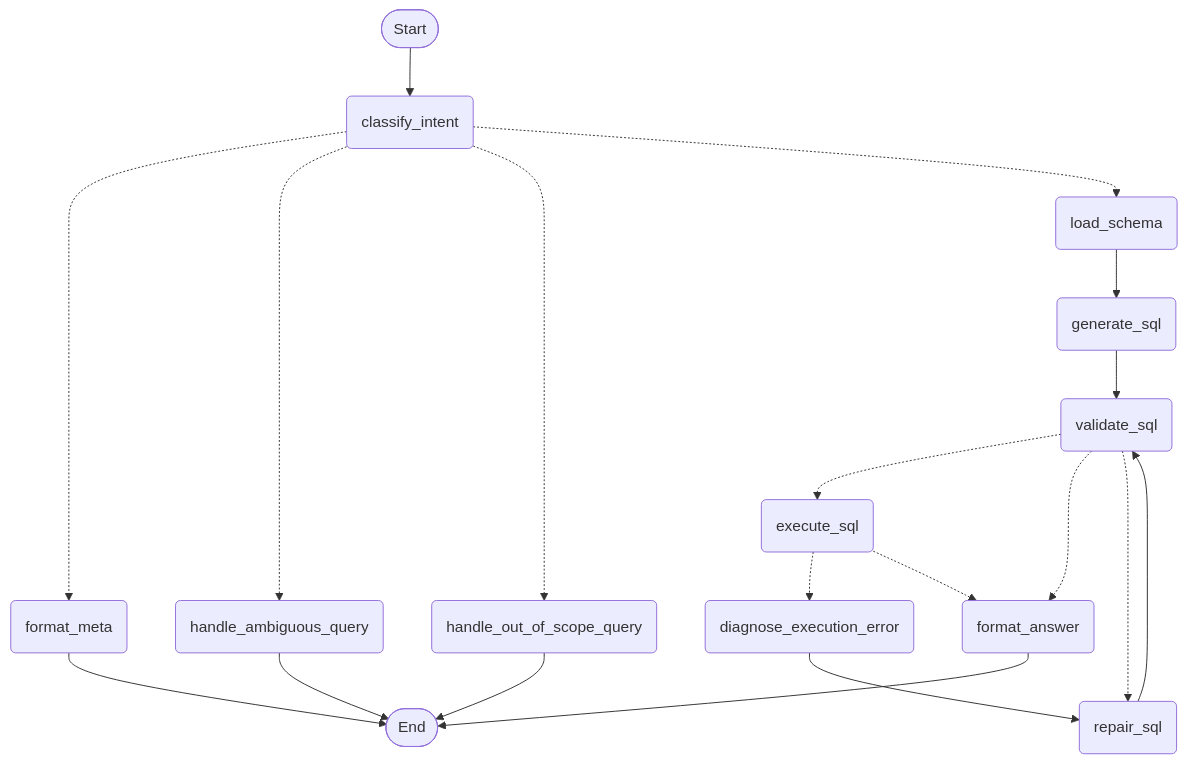
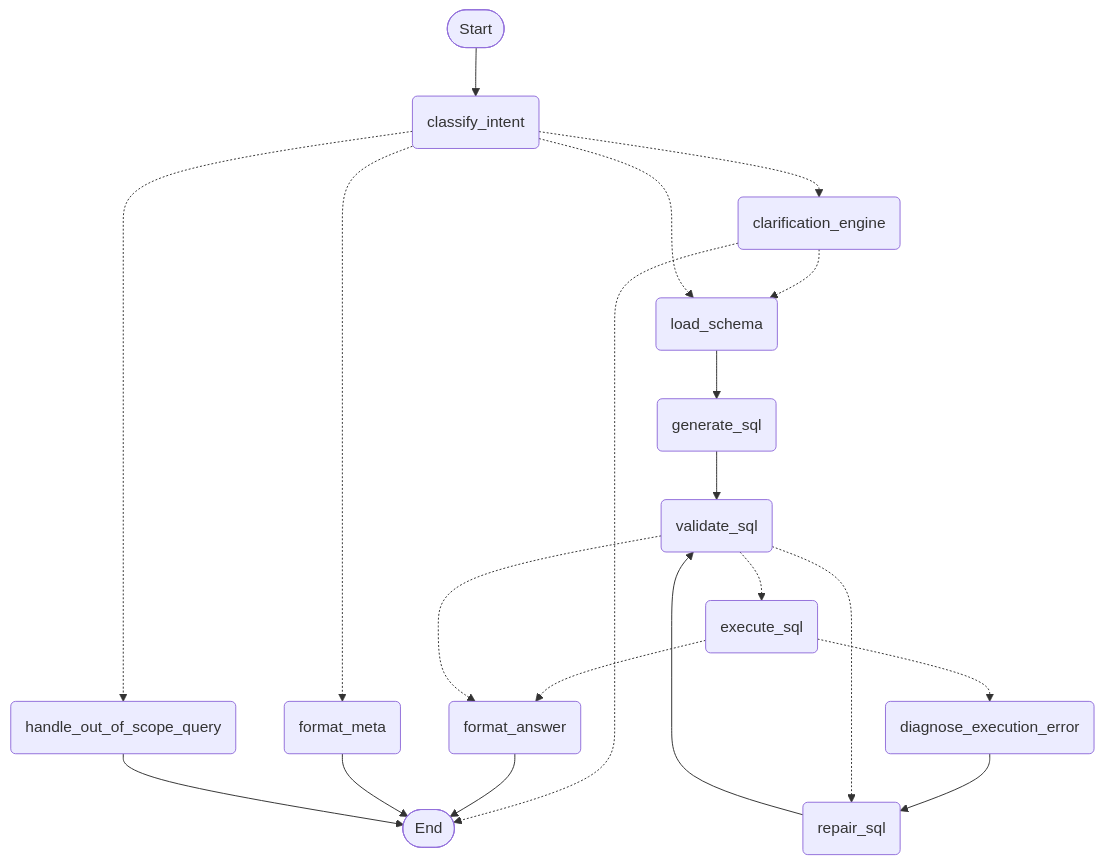
One commit to k0msenapati/text-to-sql changed the diagram in README.md. Above: the diagram before and after it, drawn with Mermaid. The commit also changed 14 other files, not shown here.

Commit message:
feat: add clarification engine with message history and disambiguation

````diff
--- a/README.md
+++ b/README.md
@@ -5,34 +5,35 @@
 ```mermaid
 graph TD;
 	__start__([Start])
 	classify_intent(classify_intent)
+	clarification_engine(clarification_engine)
 	load_schema(load_schema)
 	generate_sql(generate_sql)
 	validate_sql(validate_sql)
 	repair_sql(repair_sql)
 	execute_sql(execute_sql)
 	diagnose_execution_error(diagnose_execution_error)
 	format_answer(format_answer)
 	format_meta(format_meta)
-	handle_ambiguous_query(handle_ambiguous_query)
 	handle_out_of_scope_query(handle_out_of_scope_query)
 	__end__([End])
 	__start__ --> classify_intent;
+	clarification_engine -.-> __end__;
+	clarification_engine -.-> load_schema;
+	classify_intent -.-> clarification_engine;
 	classify_intent -.-> format_meta;
-	classify_intent -.-> handle_ambiguous_query;
 	classify_intent -.-> handle_out_of_scope_query;
 	classify_intent -.-> load_schema;
 	diagnose_execution_error --> repair_sql;
 	execute_sql -.-> diagnose_execution_error;
 	execute_sql -.-> format_answer;
 	generate_sql --> validate_sql;
 	load_schema --> generate_sql;
 	repair_sql --> validate_sql;
 	validate_sql -.-> execute_sql;
 	validate_sql -.-> format_answer;
 	validate_sql -.-> repair_sql;
 	format_answer --> __end__;
 	format_meta --> __end__;
-	handle_ambiguous_query --> __end__;
 	handle_out_of_scope_query --> __end__;
 ```
````
